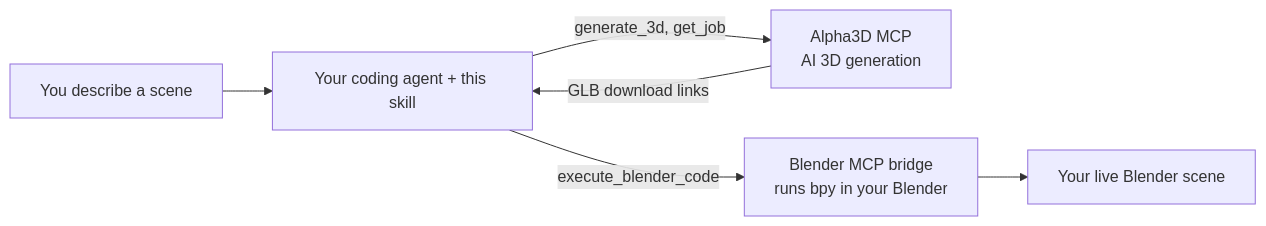
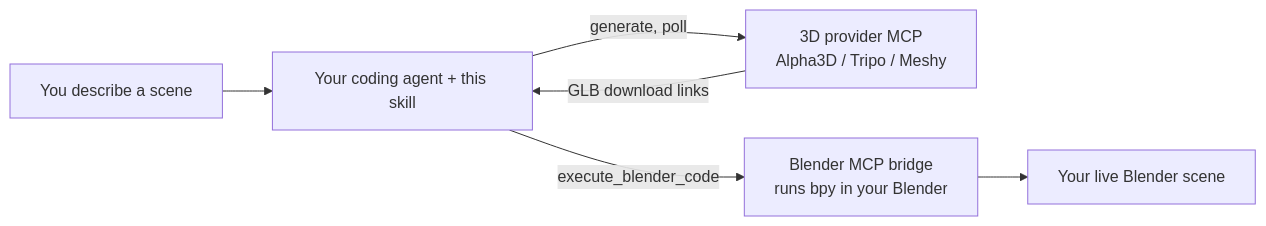
The diagram in README.md (ig-shadow-walker/BlenderXAlpha-3DGenSkill), drawn with Mermaid before and after one commit. The commit also changed other lines of this file and 7 other files, not shown here.

````diff
--- a/README.md
+++ b/README.md
@@ -88,8 +90,8 @@
 ```mermaid
 flowchart LR
     U[You describe a scene] --> C[Your coding agent + this skill]
-    C -->|generate_3d, get_job| A[Alpha3D MCP<br/>AI 3D generation]
+    C -->|generate, poll| A[3D provider MCP<br/>Alpha3D / Tripo / Meshy]
     A -->|GLB download links| C
     C -->|execute_blender_code| B[Blender MCP bridge<br/>runs bpy in your Blender]
     B --> S[Your live Blender scene]
 ```
````
